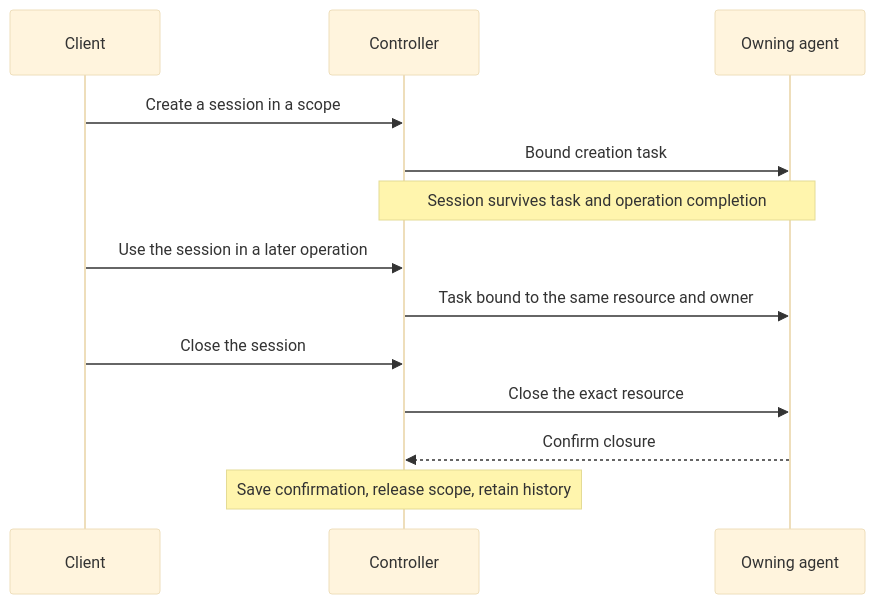
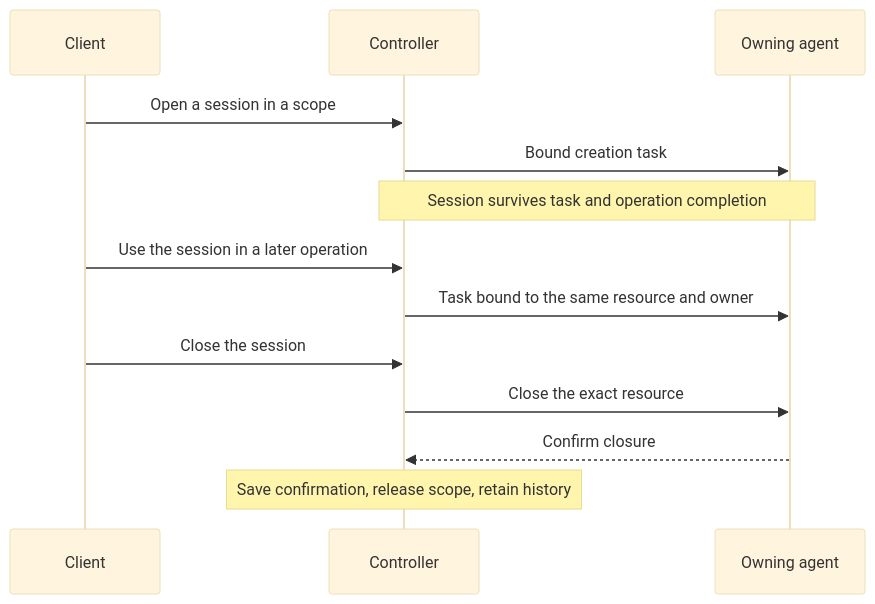
Before and after one commit to defos-ai/commander: the diagram in docs/features/sessions.md, drawn with Mermaid (base theme). The commit also changed other lines of this file and 32 other files, not shown here.

````diff
--- a/docs/features/sessions.md
+++ b/docs/features/sessions.md
@@ -35,15 +35,15 @@
 ```mermaid
 sequenceDiagram
     participant Client
     participant Controller
     participant Owner as Owning agent
-    Client->>Controller: Create a session in a scope
+    Client->>Controller: Open a session in a scope
     Controller->>Owner: Bound creation task
     Note over Controller,Owner: Session survives task and operation completion
     Client->>Controller: Use the session in a later operation
     Controller->>Owner: Task bound to the same resource and owner
     Client->>Controller: Close the session
     Controller->>Owner: Close the exact resource
     Owner-->>Controller: Confirm closure
     Note over Controller: Save confirmation, release scope, retain history
 ```
````
